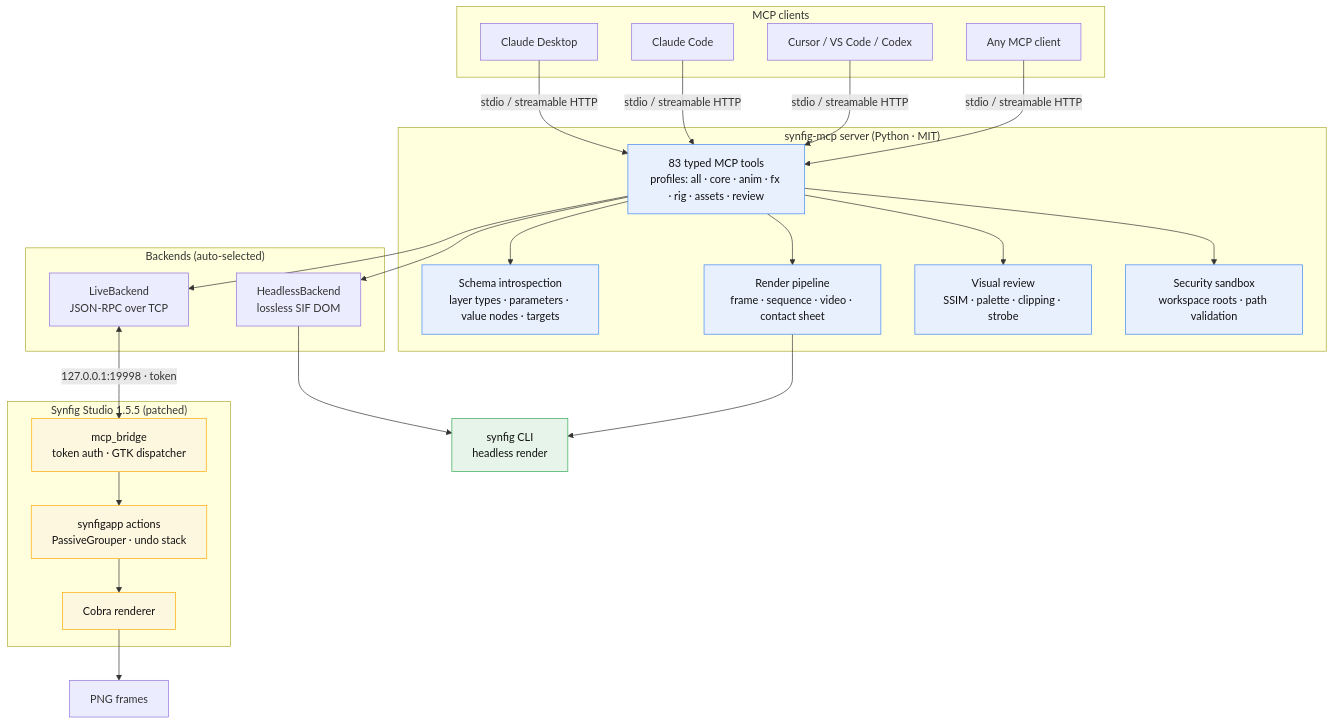
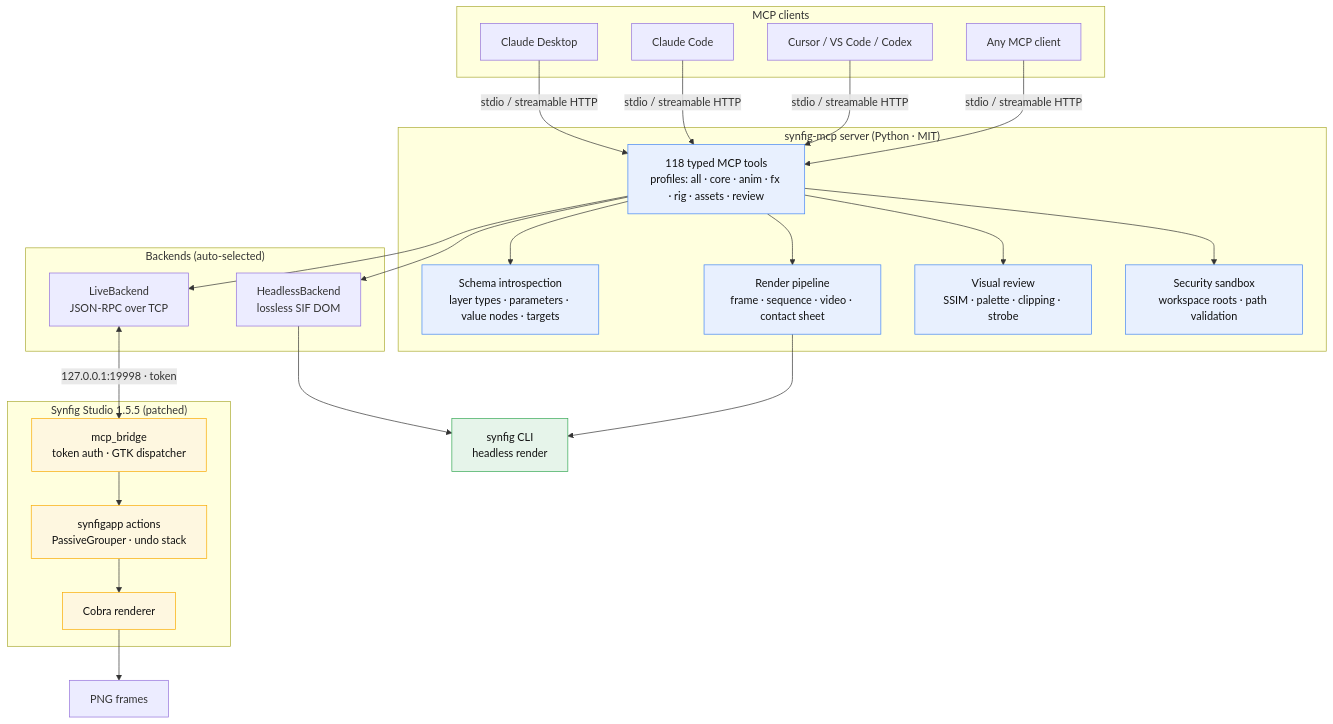
Before and after one commit to anusara-bemal/synfig-mcp: the first of 7 diagrams in README.md, drawn with Mermaid. The commit also changed other lines of this file and 24 other files, not shown here.

````diff
--- a/README.md
+++ b/README.md
@@ -61,46 +63,46 @@
 ```mermaid
 graph TB
     subgraph clients["MCP clients"]
         CD["Claude Desktop"]
         CC["Claude Code"]
         CU["Cursor / VS Code / Codex"]
         ANY["Any MCP client"]
     end
 
     subgraph server["synfig-mcp server (Python · MIT)"]
-        TOOLS["83 typed MCP tools<br/>profiles: all · core · anim · fx · rig · assets · review"]
+        TOOLS["118 typed MCP tools<br/>profiles: all · core · anim · fx · rig · assets · review"]
         SCHEMA["Schema introspection<br/>layer types · parameters · value nodes · targets"]
         PIPE["Render pipeline<br/>frame · sequence · video · contact sheet"]
         REVIEW["Visual review<br/>SSIM · palette · clipping · strobe"]
         SANDBOX["Security sandbox<br/>workspace roots · path validation"]
     end
 
     subgraph backends["Backends (auto-selected)"]
         LIVE["LiveBackend<br/>JSON-RPC over TCP"]
         HEAD["HeadlessBackend<br/>lossless SIF DOM"]
     end
 
     subgraph studio["Synfig Studio 1.5.5 (patched)"]
         BRIDGE["mcp_bridge<br/>token auth · GTK dispatcher"]
         ACTIONS["synfigapp actions<br/>PassiveGrouper · undo stack"]
         ENGINE["Cobra renderer"]
     end
 
     CLI["synfig CLI<br/>headless render"]
 
     CD & CC & CU & ANY -->|stdio / streamable HTTP| TOOLS
     TOOLS --> SCHEMA & PIPE & REVIEW & SANDBOX
     TOOLS --> LIVE & HEAD
     LIVE <-->|127.0.0.1:19998 · token| BRIDGE
     BRIDGE --> ACTIONS --> ENGINE
     HEAD --> CLI
     PIPE --> CLI
     ENGINE --> PNG["PNG frames"]
 
     classDef server fill:#e8f0fe,stroke:#4285f4,color:#111
     classDef studio fill:#fef7e0,stroke:#f9ab00,color:#111
     classDef ext fill:#e6f4ea,stroke:#34a853,color:#111
     class TOOLS,SCHEMA,PIPE,REVIEW,SANDBOX server
     class BRIDGE,ACTIONS,ENGINE studio
     class CLI ext
 ```
````
